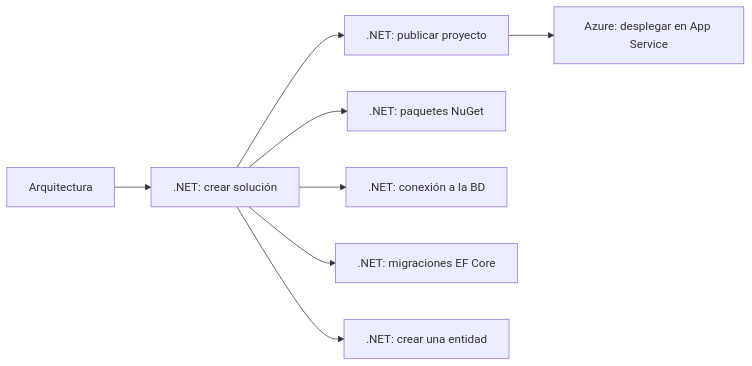
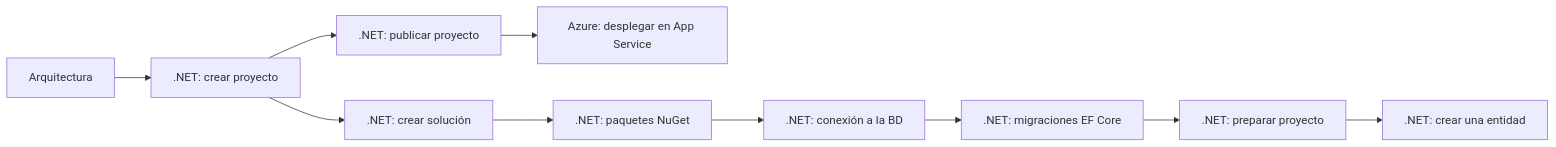
One commit to EdwinTSAV/mi-viaje-con-net changed the diagram in README.md. Above: the diagram before and after it, drawn with Mermaid. The commit also changed other lines of this file, not shown here.

Commit message:
Documentación registrada en readme general

````diff
--- a/README.md
+++ b/README.md
@@ -34,9 +35,11 @@
 ```mermaid
 flowchart LR
-    A[Arquitectura] --> B[.NET: crear solución] --> C[.NET: publicar proyecto] --> D[Azure: desplegar en App Service]
+    A[Arquitectura] --> B[.NET: crear proyecto] --> C[.NET: publicar proyecto] --> D[Azure: desplegar en App Service]
 
-    B --> B1[.NET: paquetes NuGet]
-    B --> B2[.NET: conexión a la BD]
-    B --> B3[.NET: migraciones EF Core]
-    B --> B4[.NET: crear una entidad]
+    B --> B1[.NET: crear solución]
+    B1 --> B2[.NET: paquetes NuGet]
+    B2 --> B3[.NET: conexión a la BD]
+    B3 --> B4[.NET: migraciones EF Core]
+    B4 --> B5[.NET: preparar proyecto]
+    B5 --> B6[.NET: crear una entidad]
 ```
````
